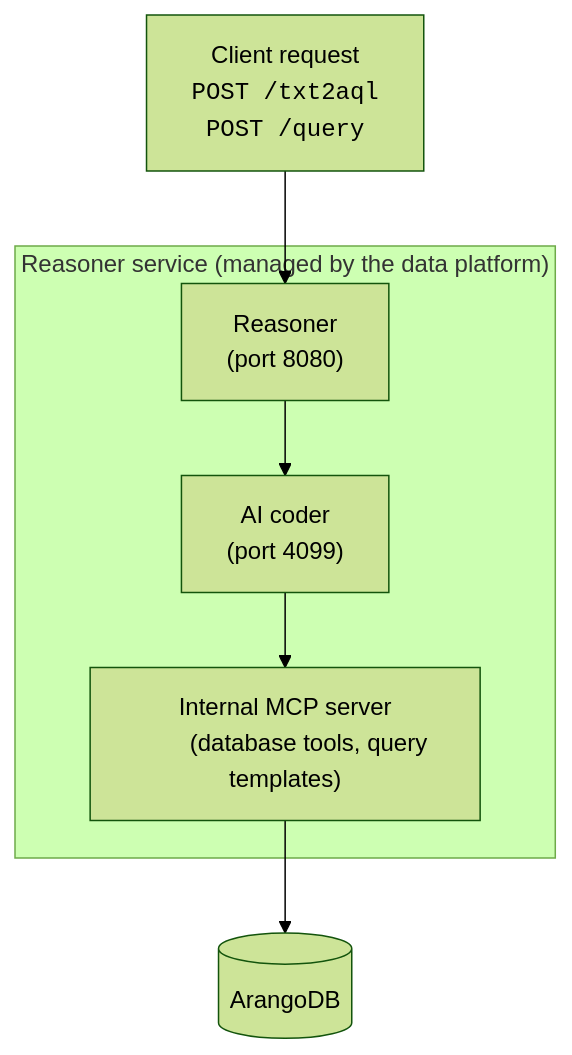
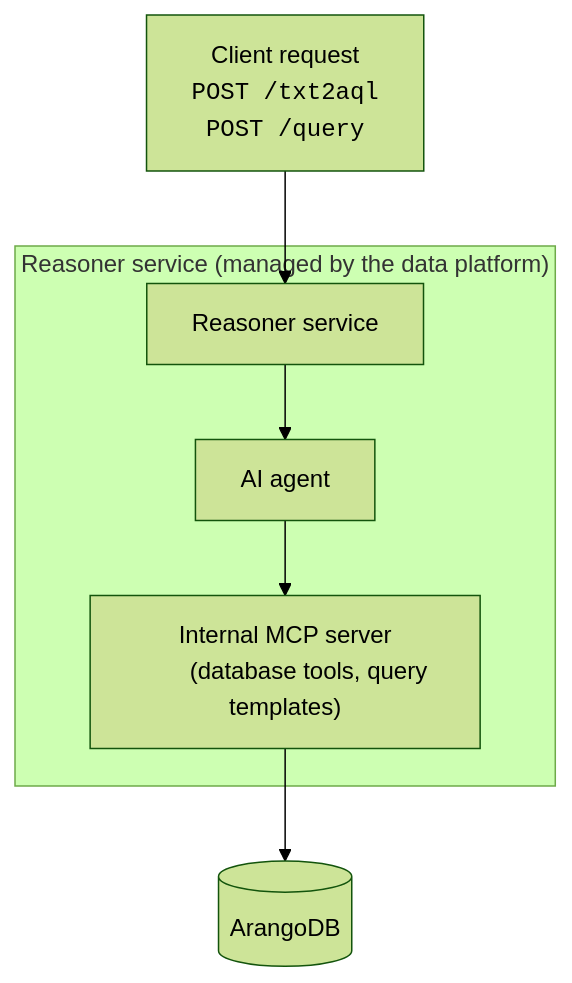
Before and after one commit to arangodb/docs-hugo: the third of 3 diagrams in site/content/contextual-data-platform/aqlizer/_index.md, drawn with Mermaid (forest theme). The commit also changed other lines of this file and 2 other files, not shown here.

````diff
--- a/site/content/contextual-data-platform/aqlizer/_index.md
+++ b/site/content/contextual-data-platform/aqlizer/_index.md
@@ -175,16 +172,14 @@
 ```mermaid
 flowchart TD
     Client["Client request
       <code>POST /txt2aql</code>
       <code>POST /query</code>"] --> Service
 
     subgraph ReasonerService["Reasoner service (managed by the data platform)"]
-        Service["Reasoner
-        (port 8080)"] --> AICoder["AI coder
-        (port 4099)"]
-        AICoder --> MCP["Internal MCP server
+        Service["Reasoner service"] --> Agent["AI agent"]
+        Agent --> MCP["Internal MCP server
         (database tools, query templates)"]
     end
 
     MCP --> DB[(ArangoDB)]
 ```
````
